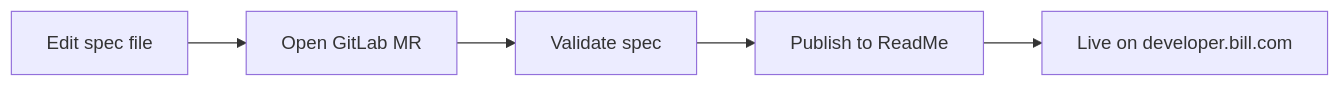
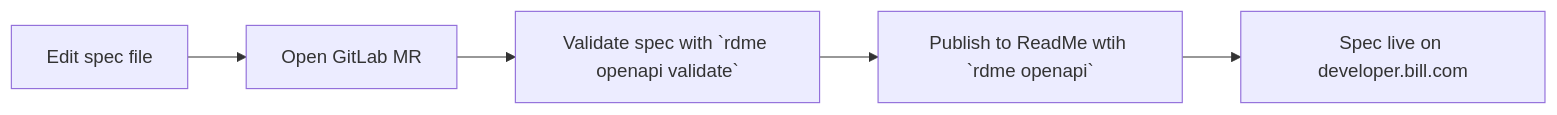
The diagram in src/content/docs/case-studies/bill/openapi-spec.mdx (127chetan/127chetan.github.io), drawn with Mermaid before and after one commit.

Commit message:
flowchart edit

````diff
--- a/src/content/docs/case-studies/bill/openapi-spec.mdx
+++ b/src/content/docs/case-studies/bill/openapi-spec.mdx
@@ -67,7 +67,7 @@
 ```mermaid
 flowchart LR
     A[Edit spec file] --> B[Open GitLab MR]
-    B --> C[Validate spec]
-    C --> D[Publish to ReadMe]
-    D --> E[Live on developer.bill.com]
+    B --> C[Validate spec with `rdme openapi validate`]
+    C --> D[Publish to ReadMe wtih `rdme openapi`]
+    D --> E[Spec live on developer.bill.com]
 ```
````
